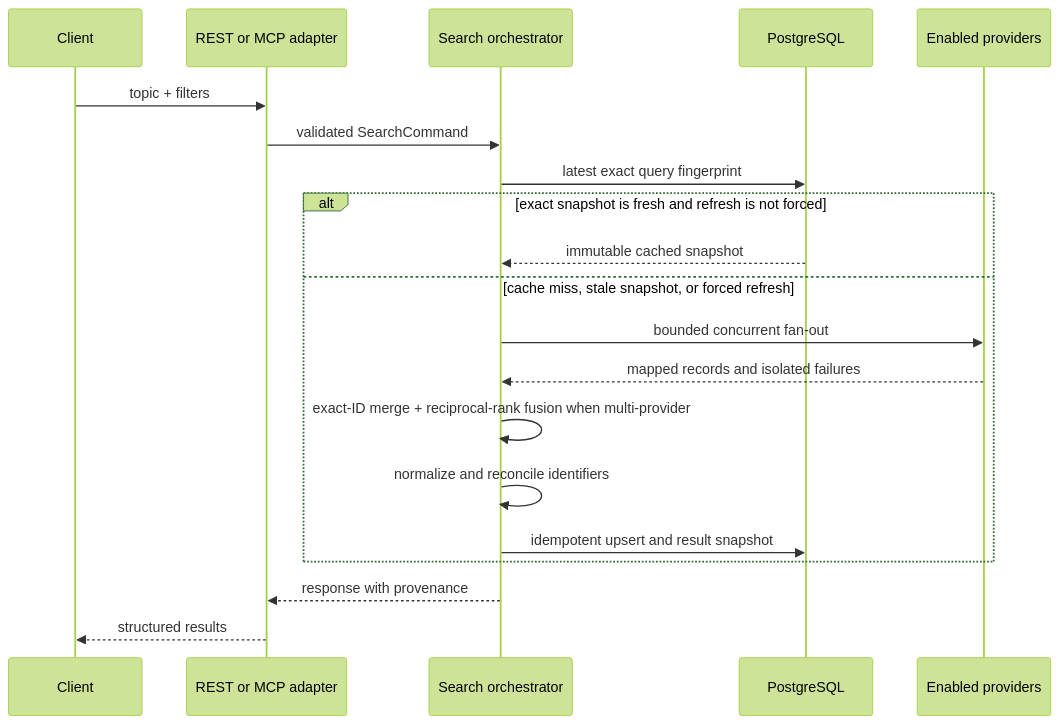
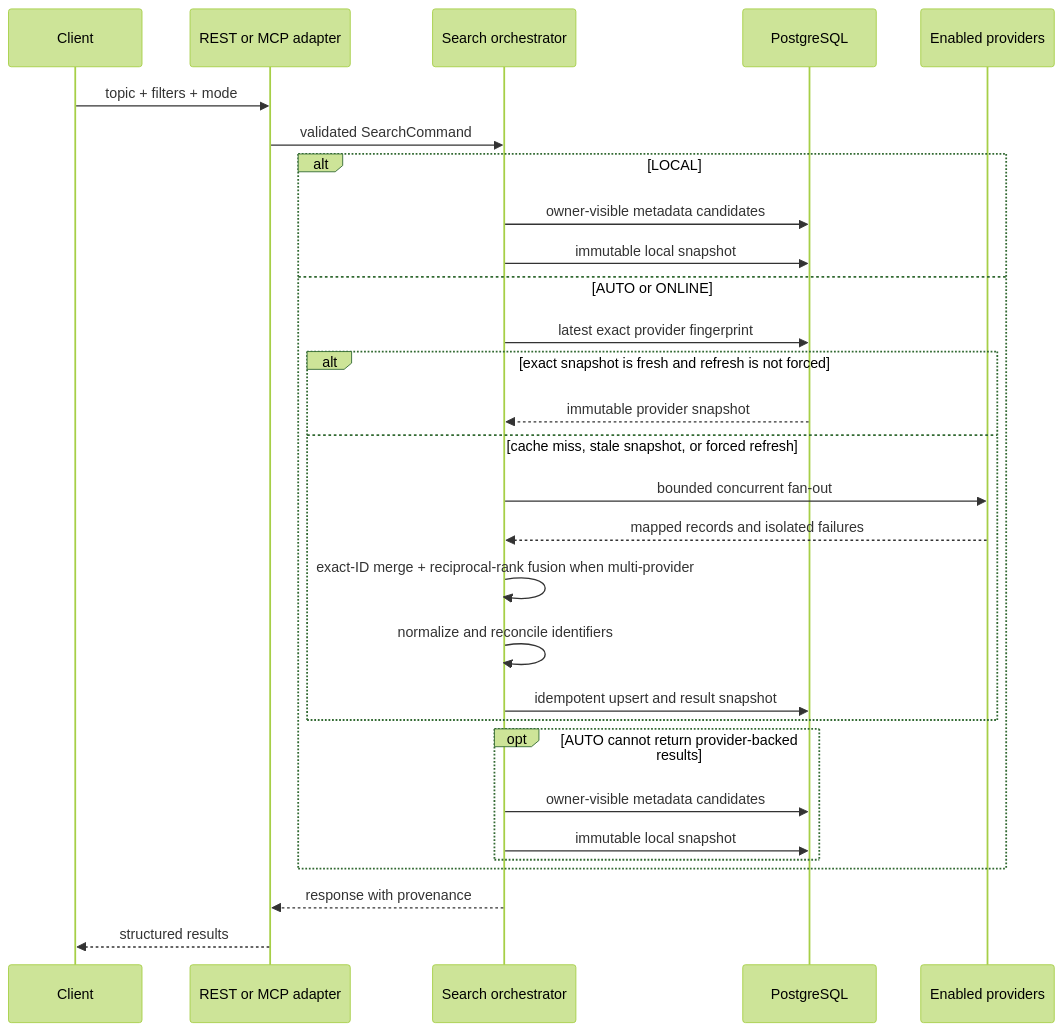
Before and after one commit to peprick/openscholar-mcp: the second of 2 diagrams in docs/ARCHITECTURE.md, drawn with Mermaid (forest theme). The commit also changed other lines of this file and 54 other files, not shown here.

Commit message:
feat: add owner-scoped local research search

````diff
--- a/docs/ARCHITECTURE.md
+++ b/docs/ARCHITECTURE.md
@@ -58,23 +58,32 @@
 ```mermaid
 sequenceDiagram
     participant Client
     participant API as REST or MCP adapter
     participant Search as Search orchestrator
     participant DB as PostgreSQL
     participant Providers as Enabled providers
 
-    Client->>API: topic + filters
+    Client->>API: topic + filters + mode
     API->>Search: validated SearchCommand
-    Search->>DB: latest exact query fingerprint
-    alt exact snapshot is fresh and refresh is not forced
-        DB-->>Search: immutable cached snapshot
-    else cache miss, stale snapshot, or forced refresh
-        Search->>Providers: bounded concurrent fan-out
-        Providers-->>Search: mapped records and isolated failures
-        Search->>Search: exact-ID merge + reciprocal-rank fusion when multi-provider
-        Search->>Search: normalize and reconcile identifiers
-        Search->>DB: idempotent upsert and result snapshot
+    alt LOCAL
+        Search->>DB: owner-visible metadata candidates
+        Search->>DB: immutable local snapshot
+    else AUTO or ONLINE
+        Search->>DB: latest exact provider fingerprint
+        alt exact snapshot is fresh and refresh is not forced
+            DB-->>Search: immutable provider snapshot
+        else cache miss, stale snapshot, or forced refresh
+            Search->>Providers: bounded concurrent fan-out
+            Providers-->>Search: mapped records and isolated failures
+            Search->>Search: exact-ID merge + reciprocal-rank fusion when multi-provider
+            Search->>Search: normalize and reconcile identifiers
+            Search->>DB: idempotent upsert and result snapshot
+        end
+        opt AUTO cannot return provider-backed results
+            Search->>DB: owner-visible metadata candidates
+            Search->>DB: immutable local snapshot
+        end
     end
     Search-->>API: response with provenance
     API-->>Client: structured results
 ```
````
